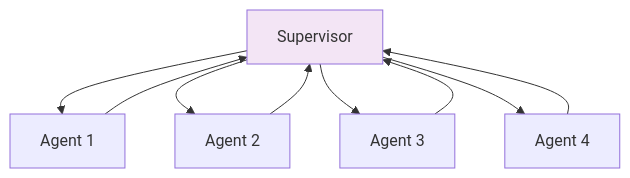
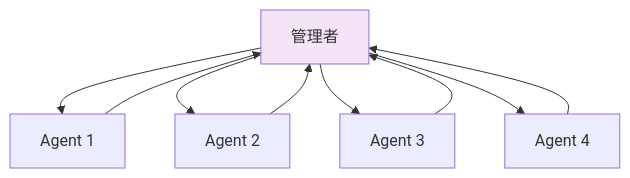
The sixth of 20 diagrams in i18n/zh-Hans/docusaurus-plugin-content-docs/current/ai/agents/design-patterns.mdx (YiWang24/AiDIY), drawn with Mermaid before and after one commit. The commit also changed other lines of this file and 59 other files, not shown here.

````diff
--- a/i18n/zh-Hans/docusaurus-plugin-content-docs/current/ai/agents/design-patterns.mdx
+++ b/i18n/zh-Hans/docusaurus-plugin-content-docs/current/ai/agents/design-patterns.mdx
@@ -268,14 +268,14 @@
 ```mermaid
 flowchart TB
-    S[Supervisor] --> A1[Agent 1]
+    S[管理者] --> A1[Agent 1]
     S --> A2[Agent 2]
     S --> A3[Agent 3]
     S --> A4[Agent 4]
 
     A1 --> S
     A2 --> S
     A3 --> S
     A4 --> S
 
     style S fill:#f3e5f5
 ```
````
